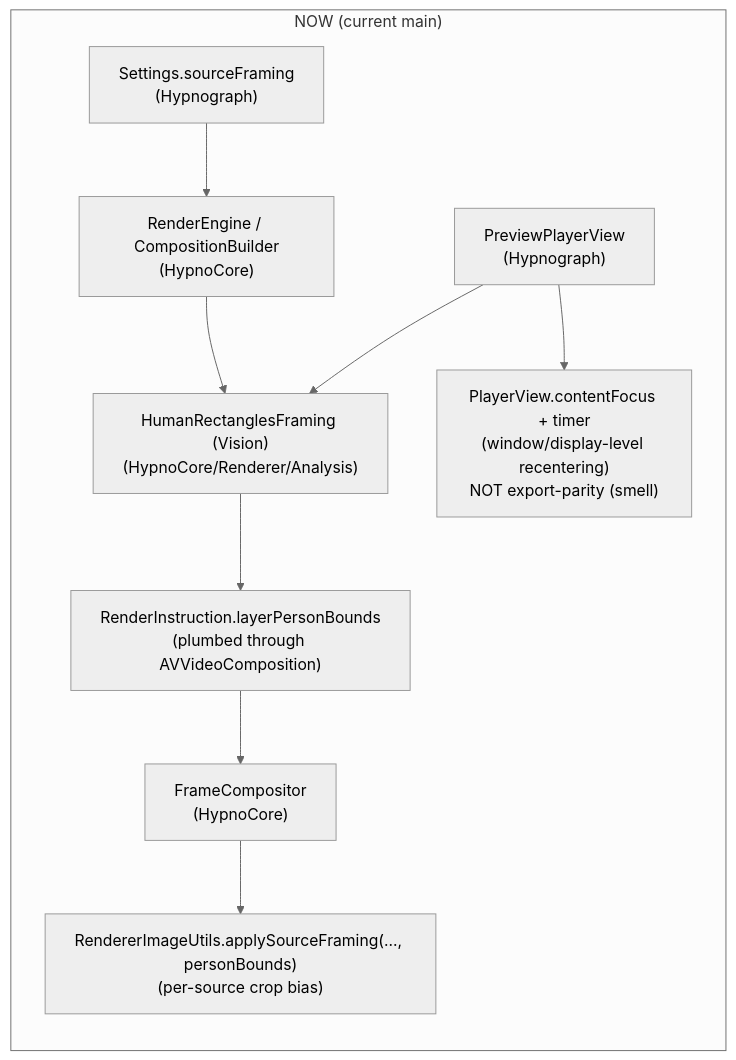
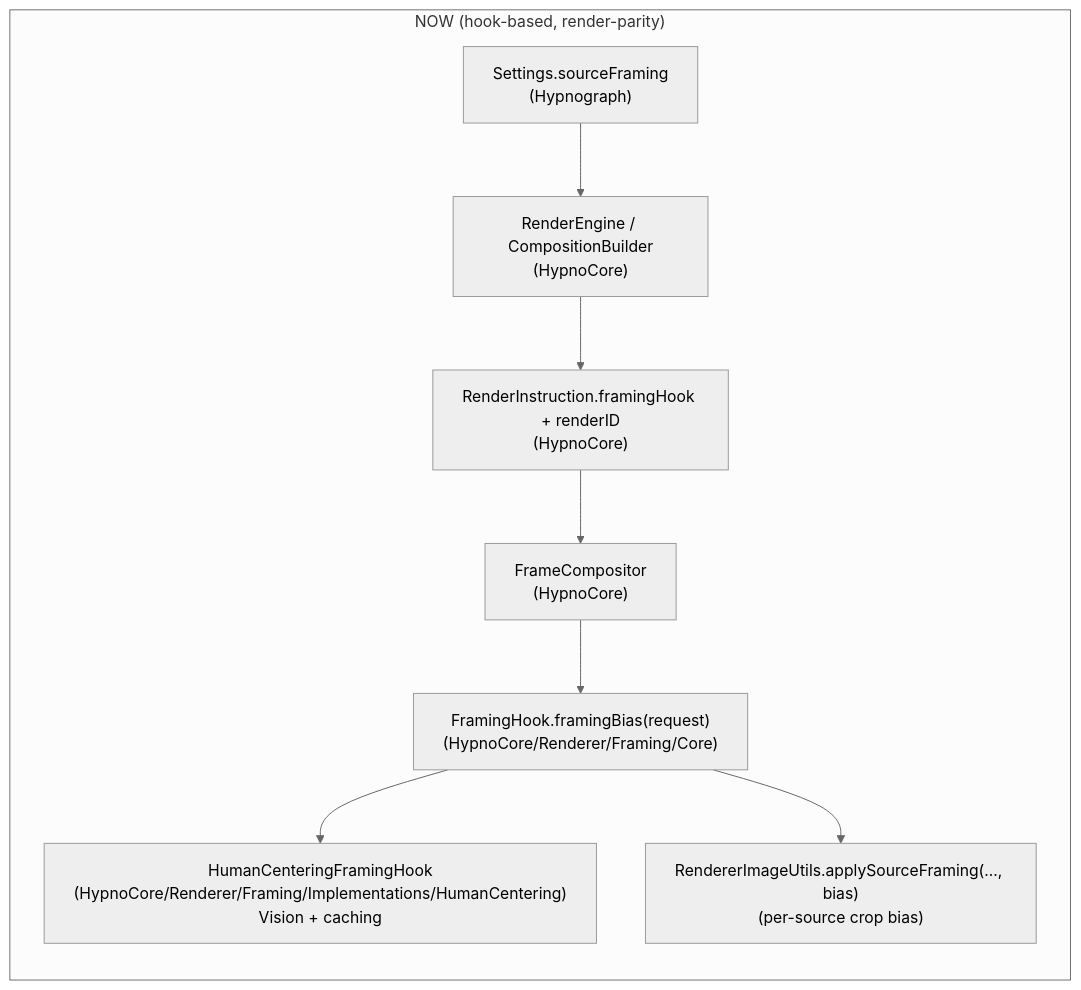
One commit to lorenjohnson/Hypnograph changed the first of 2 diagrams in docs/projects/20260120-smart-framing-human-centering/overview.md. Above: the diagram before and after it, drawn with Mermaid (neutral theme). The commit also changed other lines of this file and 12 other files, not shown here.

Commit message:
Smart framing: add FramingHook system and unify preview/export

````diff
--- a/docs/projects/20260120-smart-framing-human-centering/overview.md
+++ b/docs/projects/20260120-smart-framing-human-centering/overview.md
@@ -36,13 +36,11 @@
 ```mermaid
 flowchart LR
-  subgraph NOW["NOW (current main)"]
+  subgraph NOW["NOW (hook-based, render-parity)"]
     A["Settings.sourceFraming\n(Hypnograph)"] --> B["RenderEngine / CompositionBuilder\n(HypnoCore)"]
-    B --> C["HumanRectanglesFraming (Vision)\n(HypnoCore/Renderer/Analysis)"]
-    C --> D["RenderInstruction.layerPersonBounds\n(plumbed through AVVideoComposition)"]
+    B --> D["RenderInstruction.framingHook + renderID\n(HypnoCore)"]
     D --> E["FrameCompositor\n(HypnoCore)"]
-    E --> F["RendererImageUtils.applySourceFraming(..., personBounds)\n(per-source crop bias)"]
-
-    P["PreviewPlayerView\n(Hypnograph)"] --> C
-    P --> Q["PlayerView.contentFocus + timer\n(window/display-level recentering)\nNOT export-parity (smell)"]
+    E --> I["FramingHook.framingBias(request)\n(HypnoCore/Renderer/Framing/Core)"]
+    I --> J["HumanCenteringFramingHook\n(HypnoCore/Renderer/Framing/Implementations/HumanCentering)\nVision + caching"]
+    I --> F["RendererImageUtils.applySourceFraming(..., bias)\n(per-source crop bias)"]
   end
 ```
````
